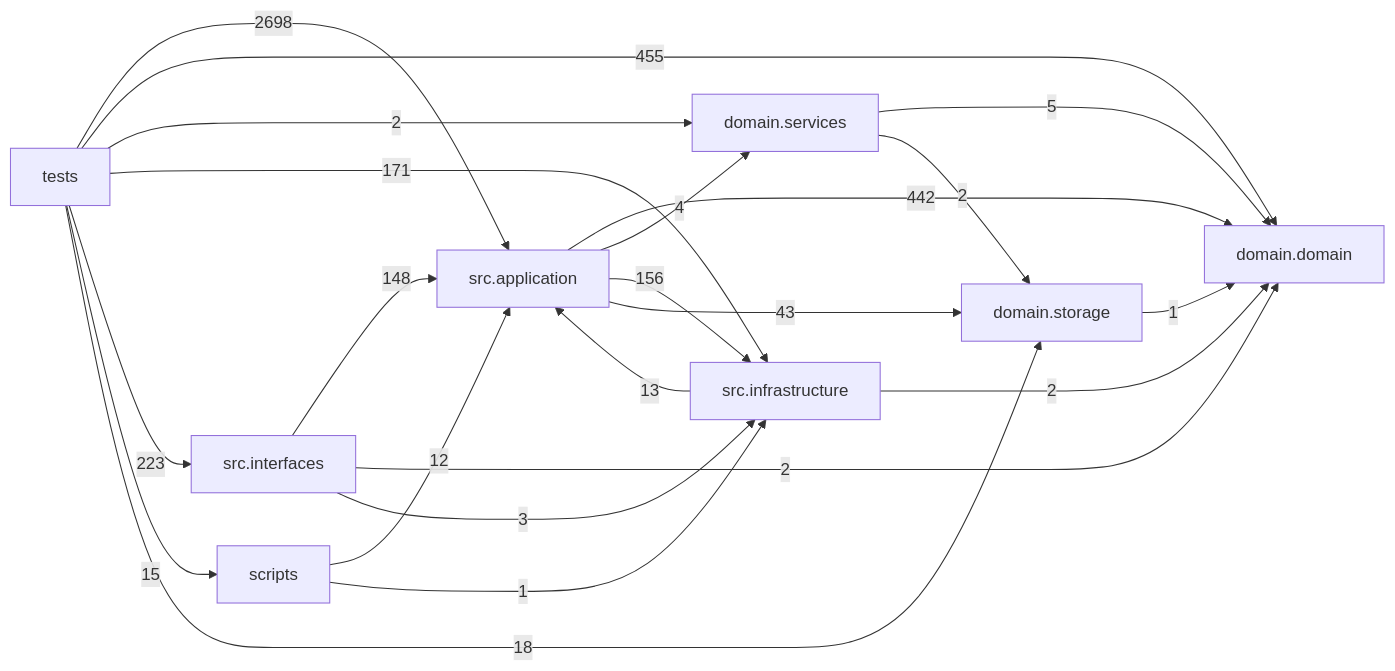
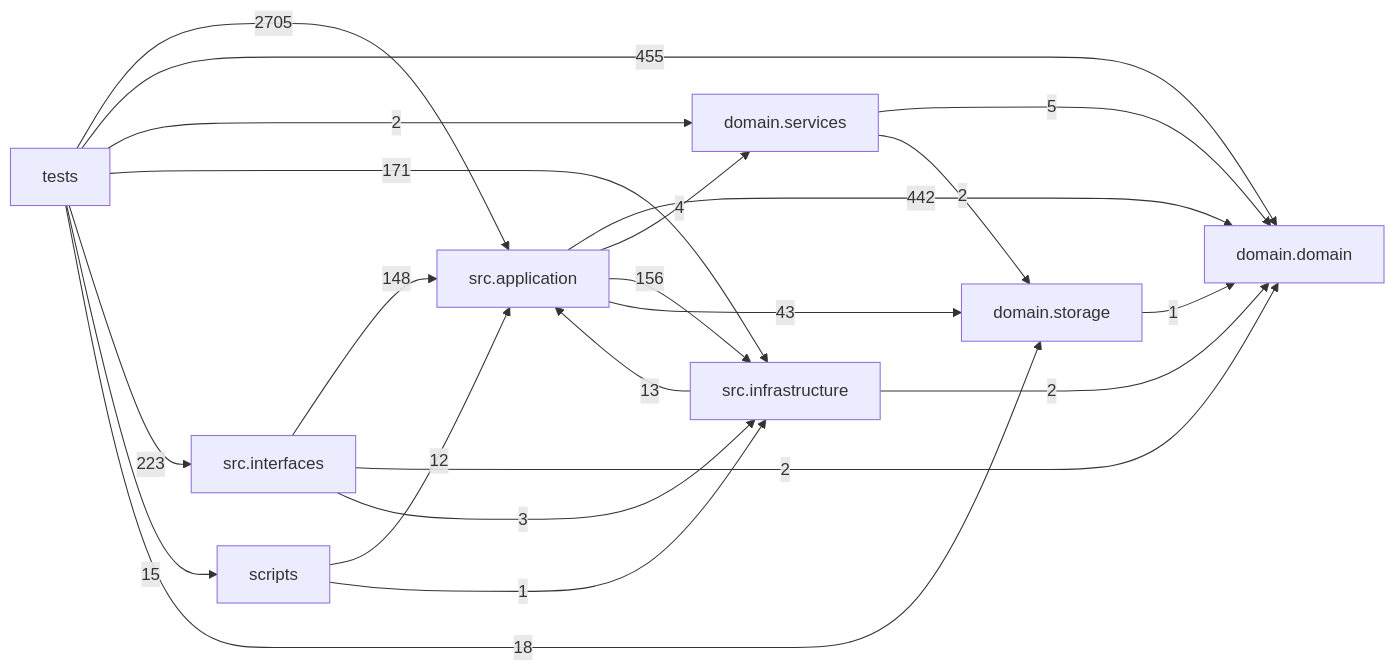
Before and after one commit to liuxie066/options-monitor: the diagram in docs/DEPENDENCY_GRAPH.md, drawn with Mermaid. The commit also changed other lines of this file and 10 other files, not shown here.

````diff
--- a/docs/DEPENDENCY_GRAPH.md
+++ b/docs/DEPENDENCY_GRAPH.md
@@ -24,32 +24,32 @@
 ```mermaid
 flowchart LR
   tests["tests"]
   scripts["scripts"]
   interfaces["src.interfaces"]
   application["src.application"]
   infrastructure["src.infrastructure"]
   domain_services["domain.services"]
   domain["domain.domain"]
   storage["domain.storage"]
   application -->|442| domain
   application -->|4| domain_services
   application -->|156| infrastructure
   application -->|43| storage
   domain_services -->|5| domain
   domain_services -->|2| storage
   infrastructure -->|13| application
   infrastructure -->|2| domain
   interfaces -->|148| application
   interfaces -->|2| domain
   interfaces -->|3| infrastructure
   scripts -->|12| application
   scripts -->|1| infrastructure
   storage -->|1| domain
-  tests -->|2698| application
+  tests -->|2705| application
   tests -->|455| domain
   tests -->|2| domain_services
   tests -->|171| infrastructure
   tests -->|223| interfaces
   tests -->|15| scripts
   tests -->|18| storage
 ```
````
